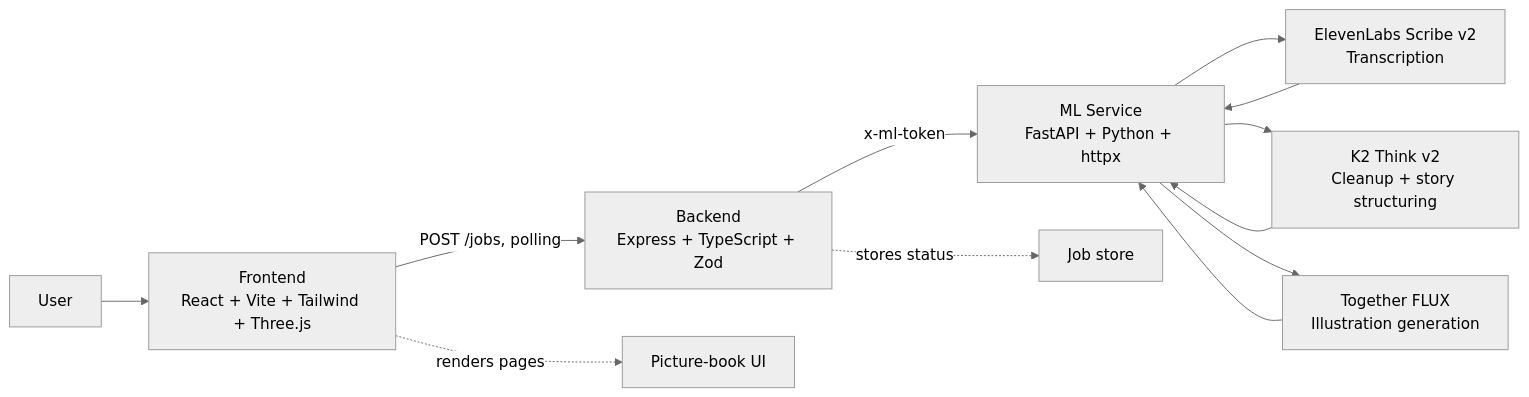
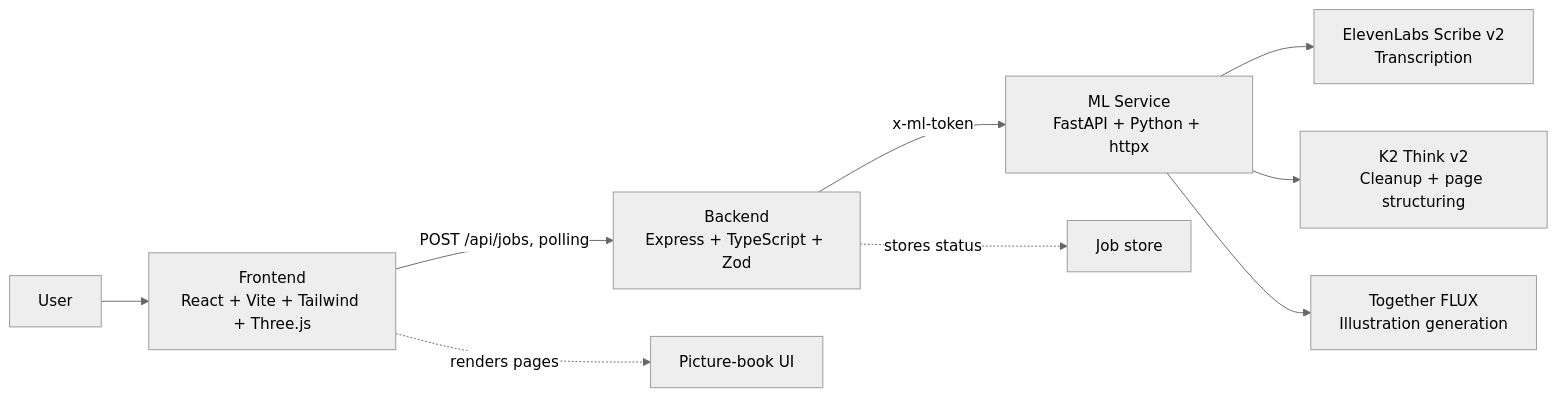
One commit to Ananya-Jha-code/DreamsComeTrue changed the diagram in README.md. Above: the diagram before and after it, drawn with Mermaid (neutral theme). The commit also changed other lines of this file and 1 other file, not shown here.

````diff
--- a/README.md
+++ b/README.md
@@ -25,16 +34,13 @@
 ```mermaid
 flowchart LR
 	user[User] --> ui[Frontend<br/>React + Vite + Tailwind + Three.js]
-	ui -- POST /jobs, polling --> api[Backend<br/>Express + TypeScript + Zod]
+	ui -- POST /api/jobs, polling --> api[Backend<br/>Express + TypeScript + Zod]
 	api -- x-ml-token --> ml[ML Service<br/>FastAPI + Python + httpx]
 
 	ml --> stt[ElevenLabs Scribe v2<br/>Transcription]
-	ml --> k2[K2 Think v2<br/>Cleanup + story structuring]
+	ml --> k2[K2 Think v2<br/>Cleanup + page structuring]
 	ml --> img[Together FLUX<br/>Illustration generation]
 
 	api -. stores status .-> store[Job store]
 	ui -. renders pages .-> book[Picture-book UI]
-	stt --> ml
-	k2 --> ml
-	img --> ml
 ```
````
